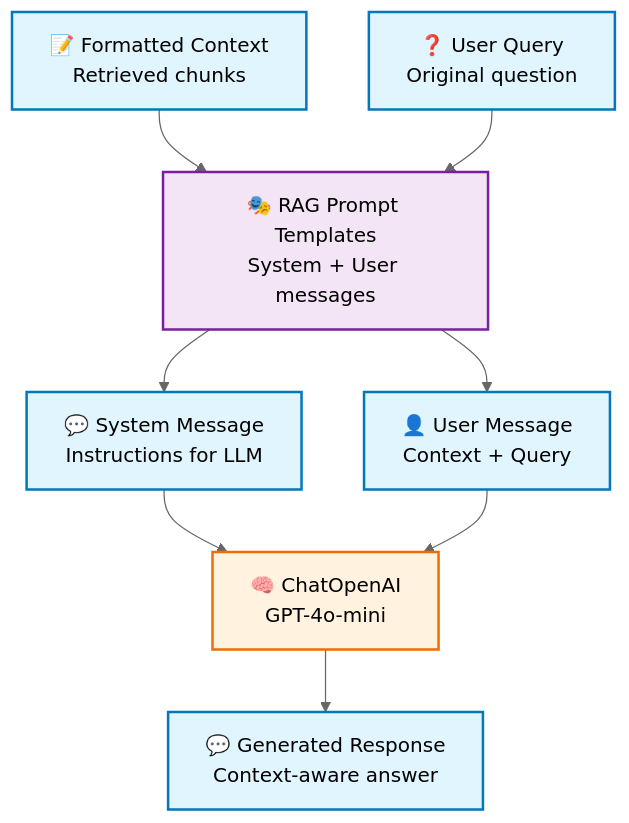
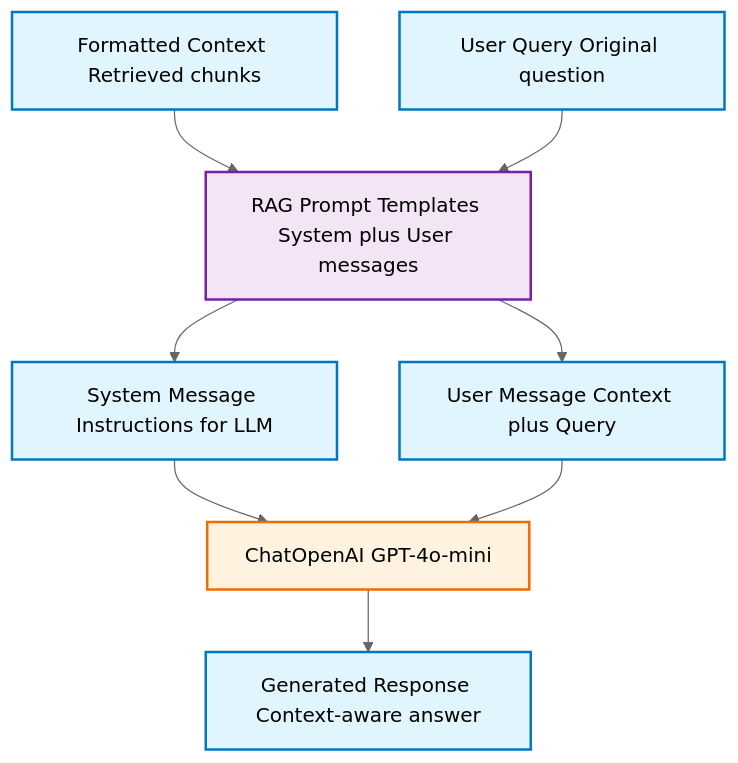
Diagram 12 of 16 in 02_Embeddings_and_RAG/Understanding_Pythonic_RAG.md (ovokpus/AIE8), drawn with Mermaid (neutral theme) before and after one commit. The commit also changed other lines of this file, not shown here.

Commit message:
fixed mermaid

````diff
--- a/02_Embeddings_and_RAG/Understanding_Pythonic_RAG.md
+++ b/02_Embeddings_and_RAG/Understanding_Pythonic_RAG.md
@@ -486,19 +481,19 @@
 ```mermaid
 flowchart TD
-    A[📝 Formatted Context<br/>Retrieved chunks] --> C[🎭 RAG Prompt Templates<br/>System + User messages]
-    B[❓ User Query<br/>Original question] --> C
-    C --> D[💬 System Message<br/>Instructions for LLM]
-    C --> E[👤 User Message<br/>Context + Query]
-    D --> F[🧠 ChatOpenAI<br/>GPT-4o-mini]
+    A["Formatted Context Retrieved chunks"] --> C["RAG Prompt Templates System plus User messages"]
+    B["User Query Original question"] --> C
+    C --> D["System Message Instructions for LLM"]
+    C --> E["User Message Context plus Query"]
+    D --> F["ChatOpenAI GPT-4o-mini"]
     E --> F
-    F --> G[💬 Generated Response<br/>Context-aware answer]
+    F --> G["Generated Response Context-aware answer"]
     
     classDef default fill:#f9f9f9,stroke:#333,stroke-width:2px,color:#000000
     classDef dataNode fill:#e1f5fe,stroke:#0277bd,stroke-width:2px,color:#000000
     classDef processNode fill:#f3e5f5,stroke:#7b1fa2,stroke-width:2px,color:#000000
     classDef modelNode fill:#fff3e0,stroke:#ef6c00,stroke-width:2px,color:#000000
     
     class A,B,D,E,G dataNode
     class C processNode
     class F modelNode
 ```
````
